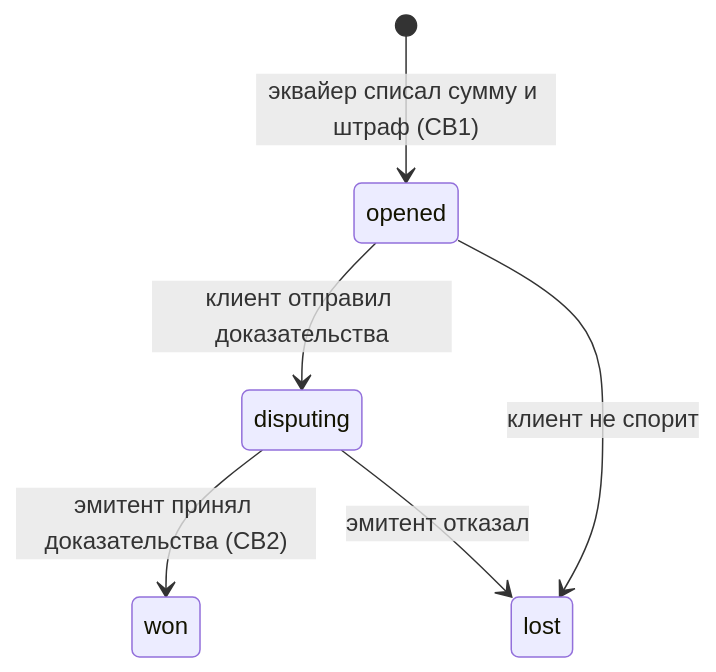
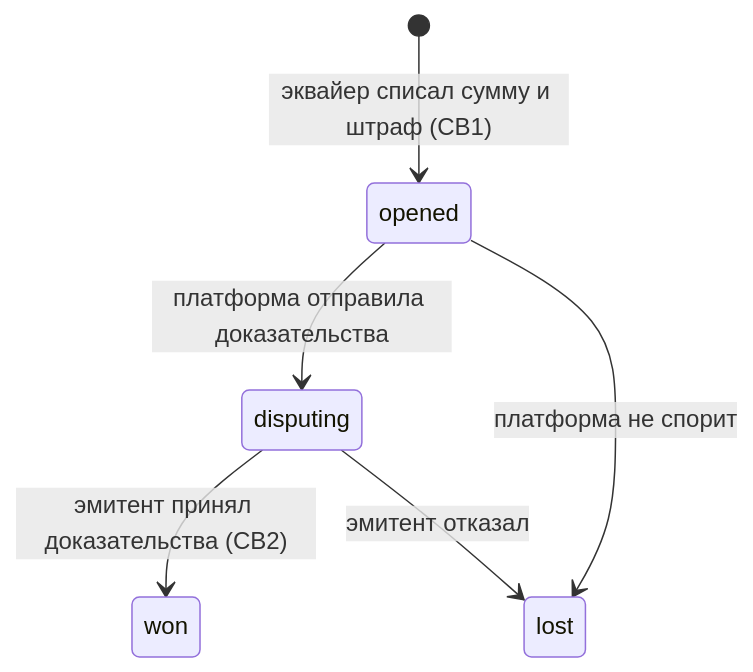
The sixth of 6 diagrams in 03-high-level-design.md (hino-2/plat-forma), drawn with Mermaid before and after one commit. The commit also changed other lines of this file and 6 other files, not shown here.

````diff
--- a/03-high-level-design.md
+++ b/03-high-level-design.md
@@ -1108,8 +1108,8 @@
 ```mermaid
 stateDiagram-v2
   [*] --> opened: эквайер списал сумму и штраф (CB1)
-  opened --> disputing: клиент отправил доказательства
-  opened --> lost: клиент не спорит
+  opened --> disputing: платформа отправила доказательства
+  opened --> lost: платформа не спорит
   disputing --> won: эмитент принял доказательства (CB2)
   disputing --> lost: эмитент отказал
 ```
````
